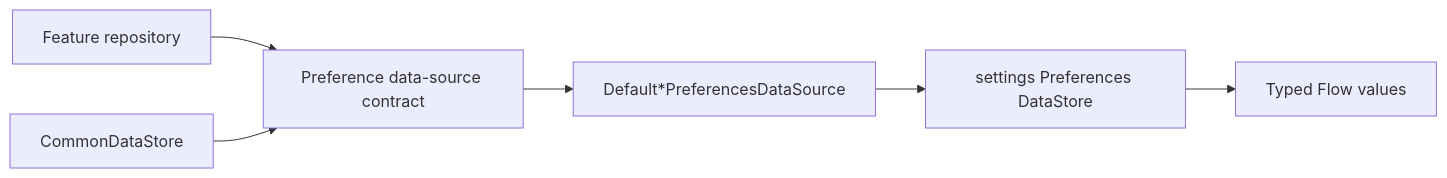
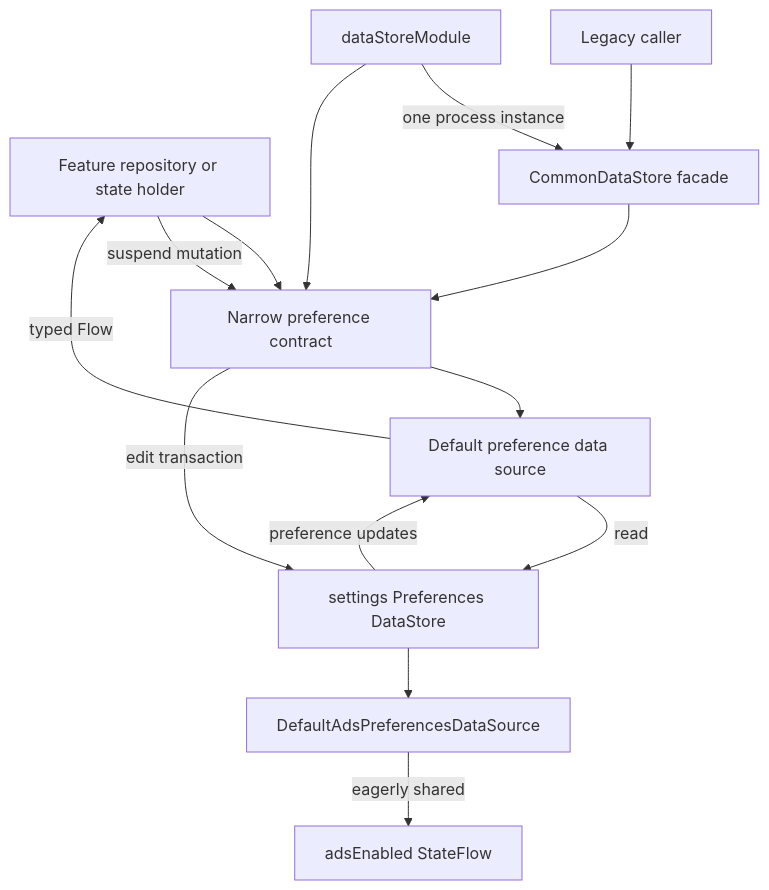
Before and after one commit to MihaiCristianCondrea/App-Toolkit-for-Android: the diagram in library/core/datastore/README.md, drawn with Mermaid. The commit also changed other lines of this file and 57 other files, not shown here.

````diff
--- a/library/core/datastore/README.md
+++ b/library/core/datastore/README.md
@@ -42,8 +42,16 @@
 ```mermaid
-flowchart LR
-    Feature[Feature repository] --> Contract[Preference data-source contract]
-    Facade[CommonDataStore] --> Contract
-    Contract --> Source[Default*PreferencesDataSource]
-    Source --> Preferences[settings Preferences DataStore]
-    Preferences --> Flow[Typed Flow values]
+flowchart TD
+    Caller[Feature repository or state holder] --> Narrow["Narrow preference contract"]
+    Legacy[Legacy caller] --> Facade[CommonDataStore facade]
+    Facade --> Narrow
+    Narrow --> Source[Default preference data source]
+    Source -->|read| Store["settings Preferences DataStore"]
+    Caller -->|suspend mutation| Narrow
+    Narrow -->|edit transaction| Store
+    Store -->|preference updates| Source
+    Source -->|typed Flow| Caller
+    Ads[DefaultAdsPreferencesDataSource] -->|eagerly shared| AdsState[adsEnabled StateFlow]
+    Store --> Ads
+    Module[dataStoreModule] -->|one process instance| Facade
+    Module --> Narrow
 ```
````
